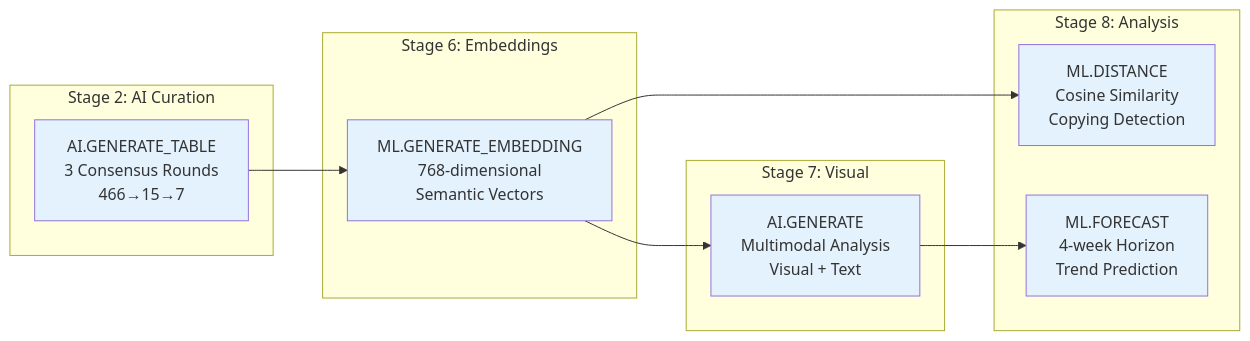
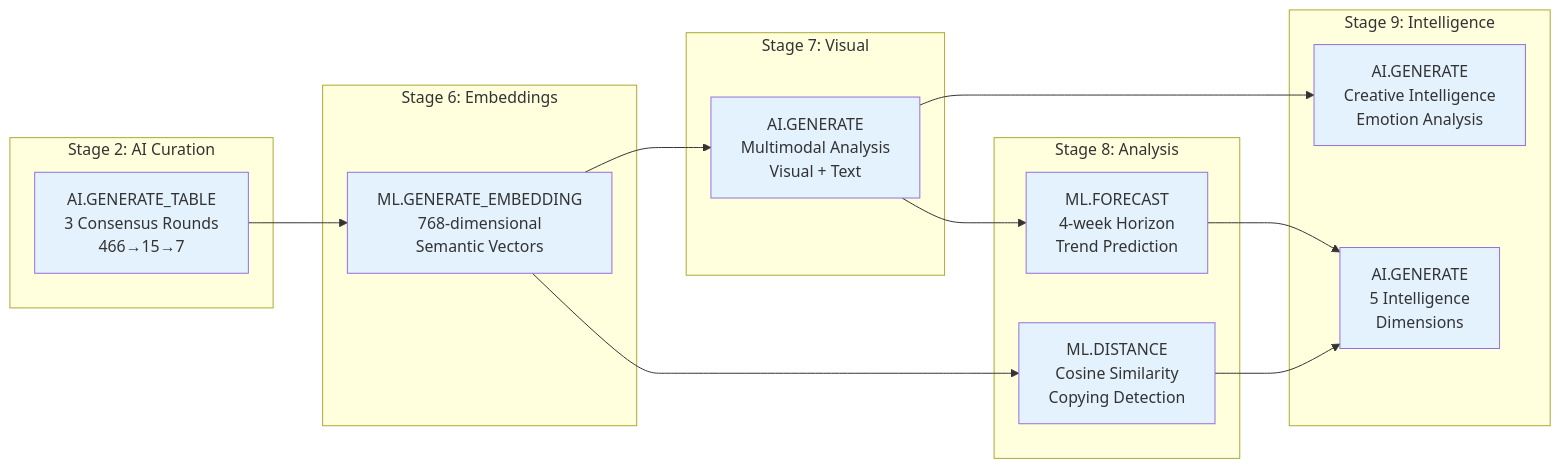
The second of 7 diagrams in docs/pipeline_mermaid_diagrams.md (kar-ganap/bigquery-ai-kaggle), drawn with Mermaid before and after one commit. The commit also changed 2 other files, not shown here.

Commit message:
demo commit v2

````diff
--- a/docs/pipeline_mermaid_diagrams.md
+++ b/docs/pipeline_mermaid_diagrams.md
@@ -29,30 +29,40 @@
 ```mermaid
 graph LR
     subgraph "Stage 2: AI Curation"
         A1[AI.GENERATE_TABLE<br/>3 Consensus Rounds<br/>466→15→7]
     end
 
     subgraph "Stage 6: Embeddings"
         B1[ML.GENERATE_EMBEDDING<br/>768-dimensional<br/>Semantic Vectors]
     end
 
     subgraph "Stage 7: Visual"
         C1[AI.GENERATE<br/>Multimodal Analysis<br/>Visual + Text]
     end
 
     subgraph "Stage 8: Analysis"
         D1[ML.DISTANCE<br/>Cosine Similarity<br/>Copying Detection]
         D2[ML.FORECAST<br/>4-week Horizon<br/>Trend Prediction]
     end
 
+    subgraph "Stage 9: Intelligence"
+        E1[AI.GENERATE<br/>Creative Intelligence<br/>Emotion Analysis]
+        E2[AI.GENERATE<br/>5 Intelligence<br/>Dimensions]
+    end
+
     A1 --> B1
     B1 --> C1
     B1 --> D1
     C1 --> D2
+    C1 --> E1
+    D1 --> E2
+    D2 --> E2
 
     style A1 fill:#e3f2fd
     style B1 fill:#e3f2fd
     style C1 fill:#e3f2fd
     style D1 fill:#e3f2fd
     style D2 fill:#e3f2fd
+    style E1 fill:#e3f2fd
+    style E2 fill:#e3f2fd
 ```
````
